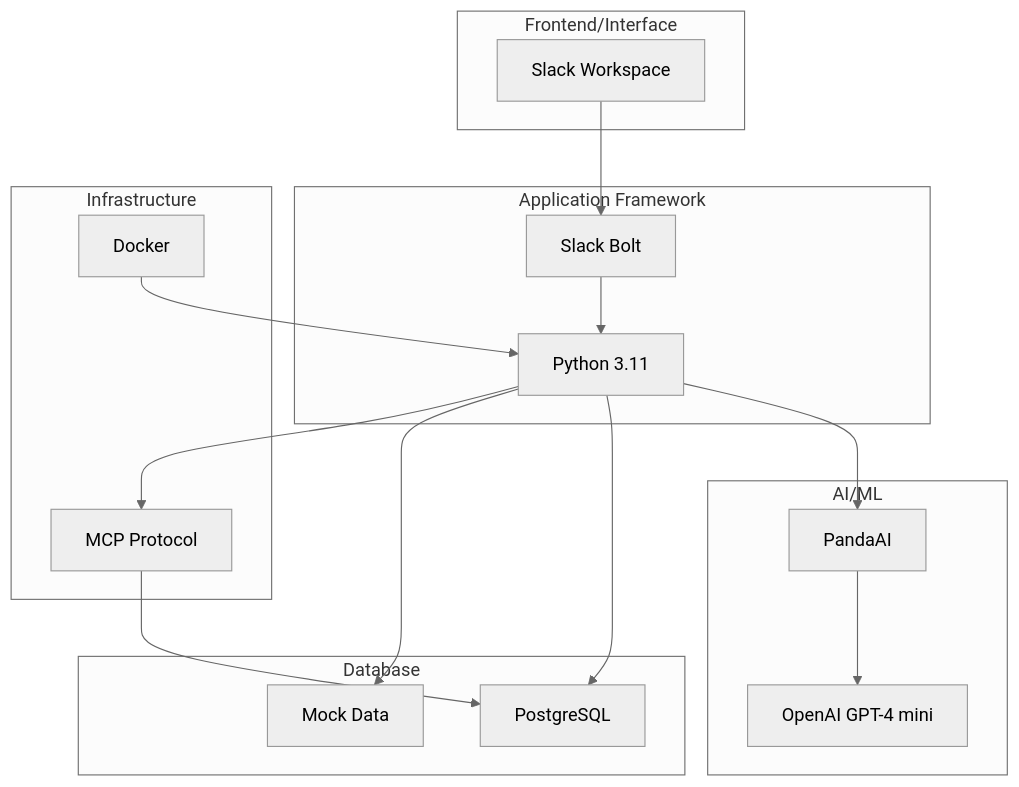
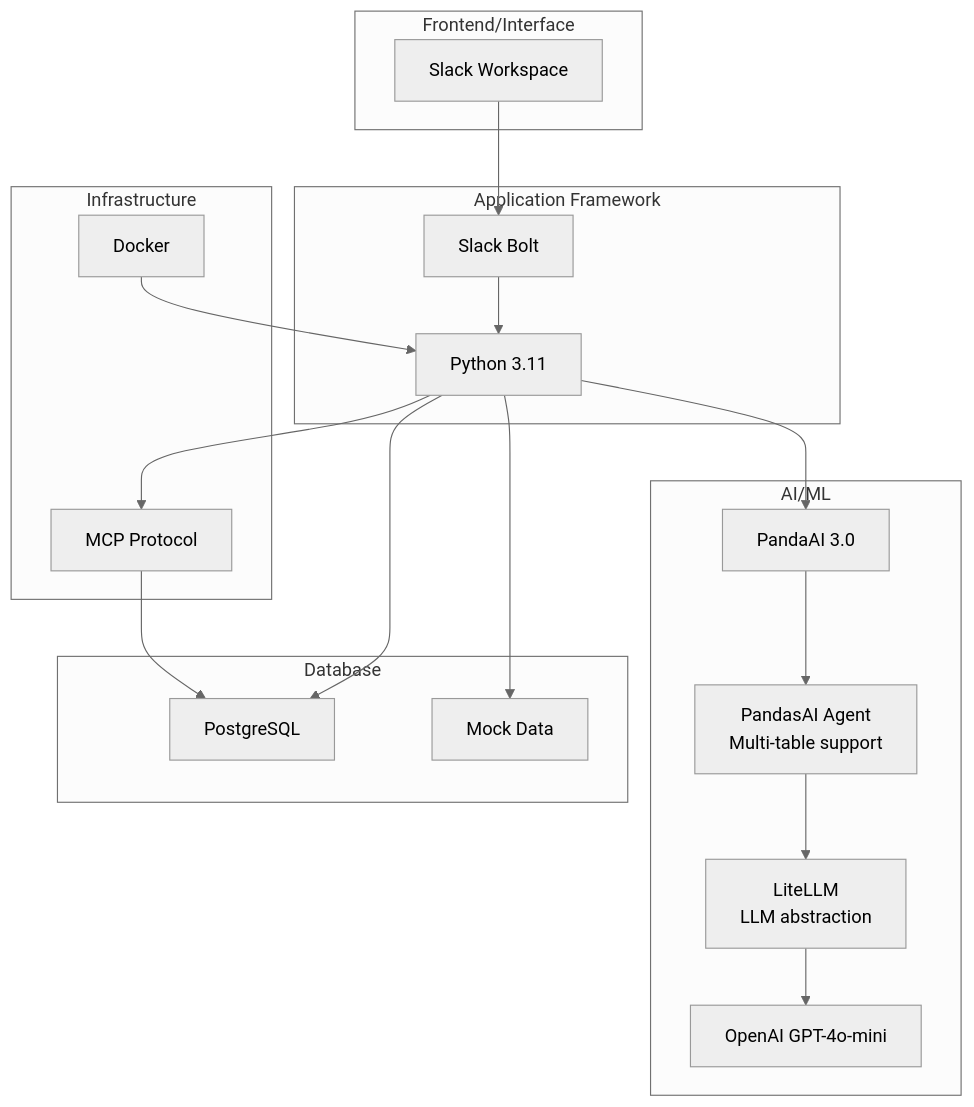
Before and after one commit to AgileCatalystDV/futureproofdscapstone: the seventh of 7 diagrams in capstone-slackbot/ARCHITECTURE.md, drawn with Mermaid (neutral theme). The commit also changed other lines of this file and 1 other file, not shown here.

First line of the commit message:
Update architecture documentation and improve PandasAI error handling

````diff
--- a/capstone-slackbot/ARCHITECTURE.md
+++ b/capstone-slackbot/ARCHITECTURE.md
@@ -252,36 +296,40 @@
 ```mermaid
 graph TB
     subgraph "Frontend/Interface"
         Slack[Slack Workspace]
     end
     
     subgraph "Application Framework"
         Python[Python 3.11]
         SlackBolt[Slack Bolt]
     end
     
     subgraph "AI/ML"
-        PandaAI[PandaAI]
-        OpenAI[OpenAI GPT-4 mini]
+        PandaAI[PandaAI 3.0]
+        Agent[PandasAI Agent<br/>Multi-table support]
+        LiteLLM[LiteLLM<br/>LLM abstraction]
+        OpenAI[OpenAI GPT-4o-mini]
     end
     
     subgraph "Database"
         Postgres[PostgreSQL]
         Mock[Mock Data]
     end
     
     subgraph "Infrastructure"
         Docker[Docker]
         MCP[MCP Protocol]
     end
     
     Slack --> SlackBolt
     SlackBolt --> Python
     Python --> PandaAI
-    PandaAI --> OpenAI
+    PandaAI --> Agent
+    Agent --> LiteLLM
+    LiteLLM --> OpenAI
     Python --> Postgres
     Python --> Mock
     Python --> MCP
     MCP --> Postgres
     Docker --> Python
 ```
````
